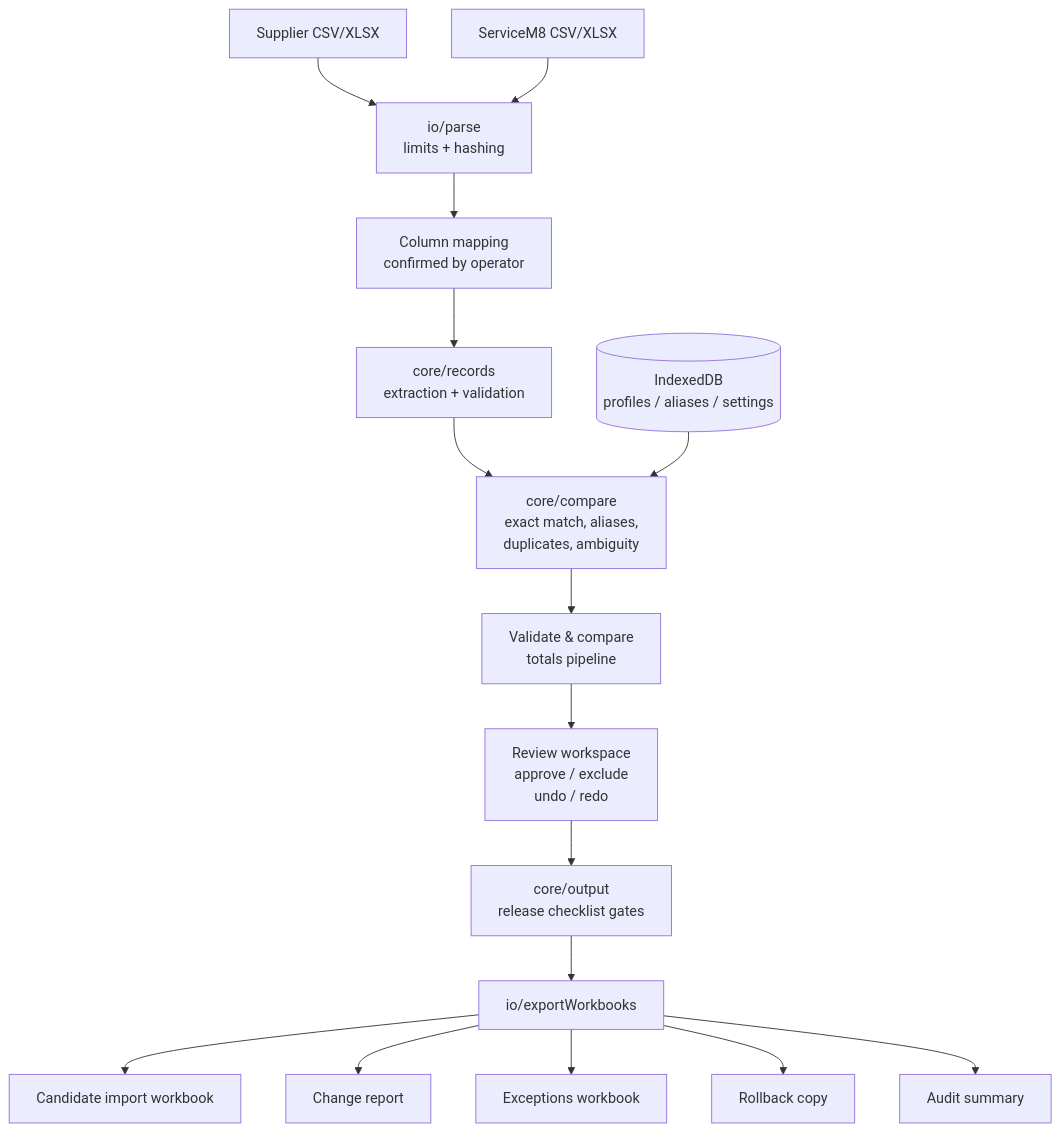
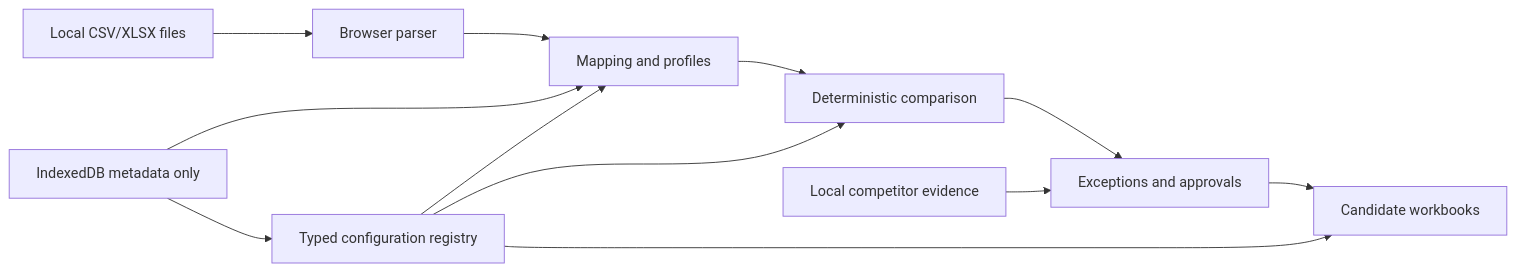
One commit to Sajeevanveeriah/Inventory-Management-SWL changed the diagram in docs/ARCHITECTURE.md. Above: the diagram before and after it, drawn with Mermaid. The commit also changed other lines of this file and 17 other files, not shown here.

````diff
--- a/docs/ARCHITECTURE.md
+++ b/docs/ARCHITECTURE.md
@@ -47,18 +3,14 @@
 ```mermaid
-flowchart TD
-    A[Supplier CSV/XLSX] --> P[io/parse\nlimits + hashing]
-    B[ServiceM8 CSV/XLSX] --> P
-    P --> M[Column mapping\nconfirmed by operator]
-    M --> R[core/records\nextraction + validation]
-    R --> C[core/compare\nexact match, aliases,\nduplicates, ambiguity]
-    AL[(IndexedDB\nprofiles / aliases / settings)] --> C
-    C --> V[Validate & compare\ntotals pipeline]
-    V --> W[Review workspace\napprove / exclude\nundo / redo]
-    W --> G[core/output\nrelease checklist gates]
-    G --> X[io/exportWorkbooks]
-    X --> O1[Candidate import workbook]
-    X --> O2[Change report]
-    X --> O3[Exceptions workbook]
-    X --> O4[Rollback copy]
-    X --> O5[Audit summary]
+flowchart LR
+  Files[Local CSV/XLSX files] --> Parse[Browser parser]
+  Parse --> Map[Mapping and profiles]
+  Map --> Compare[Deterministic comparison]
+  Compare --> Review[Exceptions and approvals]
+  Review --> Export[Candidate workbooks]
+  Config[Typed configuration registry] --> Map
+  Config --> Compare
+  Config --> Export
+  Competitors[Local competitor evidence] --> Review
+  Store[IndexedDB metadata only] --> Map
+  Store --> Config
 ```
````
